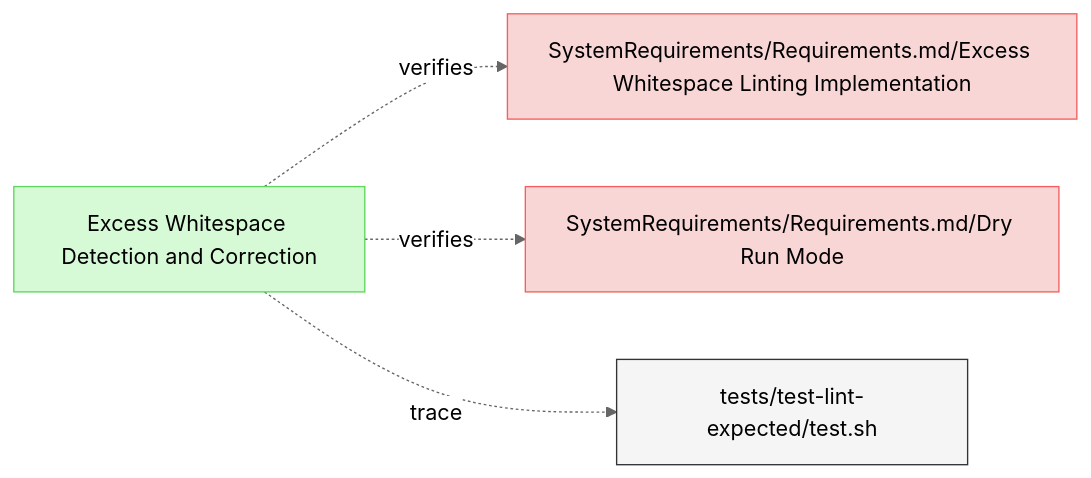
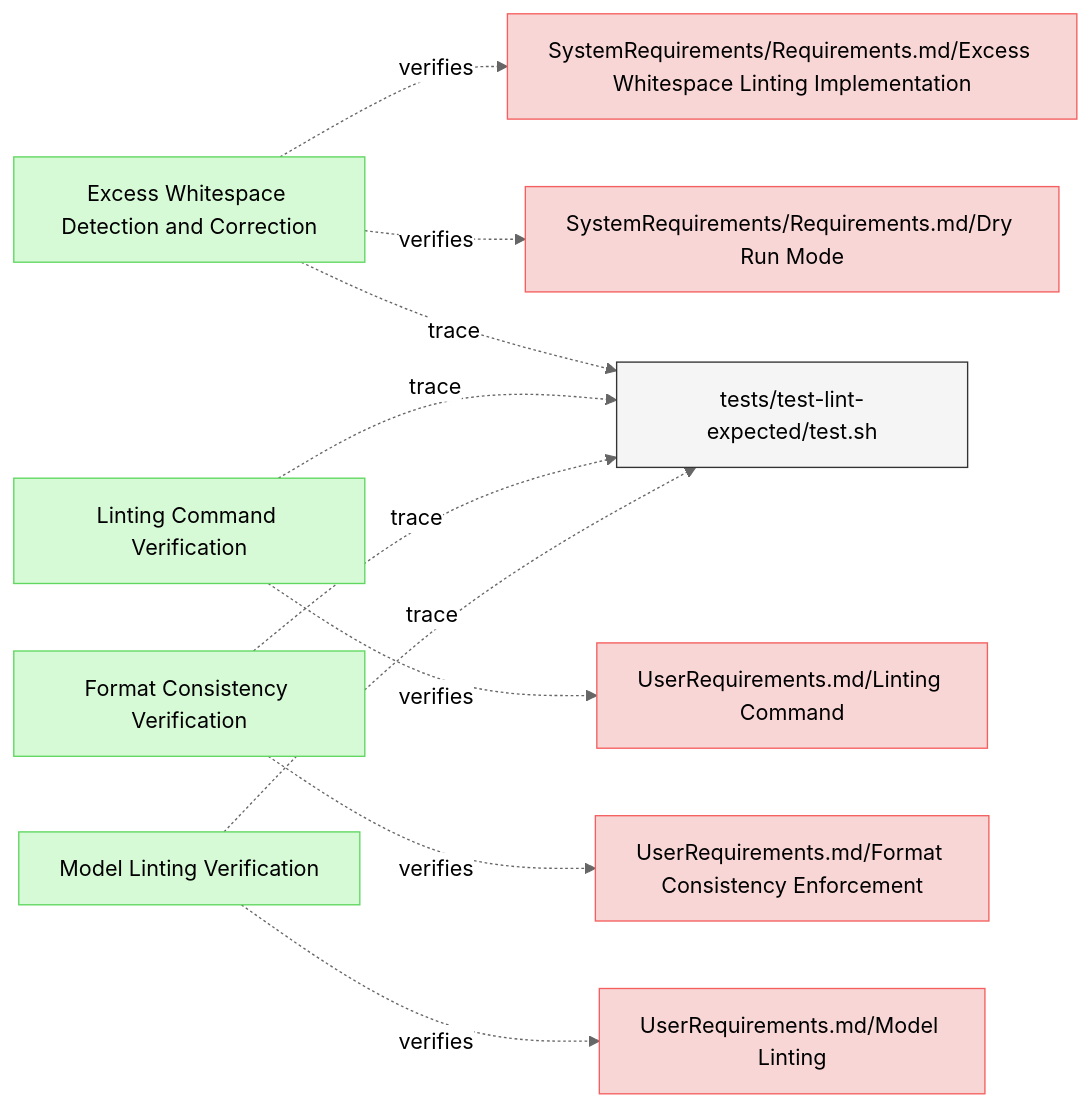
Before and after one commit to reqvire-org/reqvire: the first of 3 diagrams in specifications/Verifications/LintingTests.md, drawn with Mermaid (neutral theme). The commit also changed other lines of this file and 5 other files, not shown here.

````diff
--- a/specifications/Verifications/LintingTests.md
+++ b/specifications/Verifications/LintingTests.md
@@ -6,24 +6,51 @@
 ```mermaid
 graph LR;
   %% Graph styling
   classDef requirement fill:#f9d6d6,stroke:#f55f5f,stroke-width:1px;
   classDef verification fill:#d6f9d6,stroke:#5fd75f,stroke-width:1px;
   classDef externalLink fill:#d0e0ff,stroke:#3080ff,stroke-width:1px;
   classDef default fill:#f5f5f5,stroke:#333333,stroke-width:1px;
 
   4cd0fe733f182d5c["Excess Whitespace Detection and Correction"];
   click 4cd0fe733f182d5c "LintingTests.md#excess-whitespace-detection-and-correction";
   class 4cd0fe733f182d5c verification;
   3f3d3f9ccb15029a["SystemRequirements/Requirements.md/Excess Whitespace Linting Implementation"];
   class 3f3d3f9ccb15029a requirement;
   click 3f3d3f9ccb15029a "../SystemRequirements/Requirements.md#excess-whitespace-linting-implementation";
   4cd0fe733f182d5c -.->|verifies| 3f3d3f9ccb15029a;
   8f2198f681f63fea["SystemRequirements/Requirements.md/Dry Run Mode"];
   class 8f2198f681f63fea requirement;
   click 8f2198f681f63fea "../SystemRequirements/Requirements.md#dry-run-mode";
   4cd0fe733f182d5c -.->|verifies| 8f2198f681f63fea;
   3de539f546654b01["tests/test-lint-expected/test.sh"];
   class 3de539f546654b01 default;
   click 3de539f546654b01 "../../tests/test-lint-expected/test.sh";
   4cd0fe733f182d5c -.->|trace| 3de539f546654b01;
+  
+  linting_command_verification["Linting Command Verification"];
+  click linting_command_verification "LintingTests.md#linting-command-verification";
+  class linting_command_verification verification;
+  linting_command_req["UserRequirements.md/Linting Command"];
+  class linting_command_req requirement;
+  click linting_command_req "../UserRequirements.md#linting-command";
+  linting_command_verification -.->|verifies| linting_command_req;
+  linting_command_verification -.->|trace| 3de539f546654b01;
+  
+  format_consistency_verification["Format Consistency Verification"];
+  click format_consistency_verification "LintingTests.md#format-consistency-verification";
+  class format_consistency_verification verification;
+  format_consistency_req["UserRequirements.md/Format Consistency Enforcement"];
+  class format_consistency_req requirement;
+  click format_consistency_req "../UserRequirements.md#format-consistency-enforcement";
+  format_consistency_verification -.->|verifies| format_consistency_req;
+  format_consistency_verification -.->|trace| 3de539f546654b01;
+  
+  model_linting_verification["Model Linting Verification"];
+  click model_linting_verification "LintingTests.md#model-linting-verification";
+  class model_linting_verification verification;
+  model_linting_req["UserRequirements.md/Model Linting"];
+  class model_linting_req requirement;
+  click model_linting_req "../UserRequirements.md#model-linting";
+  model_linting_verification -.->|verifies| model_linting_req;
+  model_linting_verification -.->|trace| 3de539f546654b01;
 ```
````
